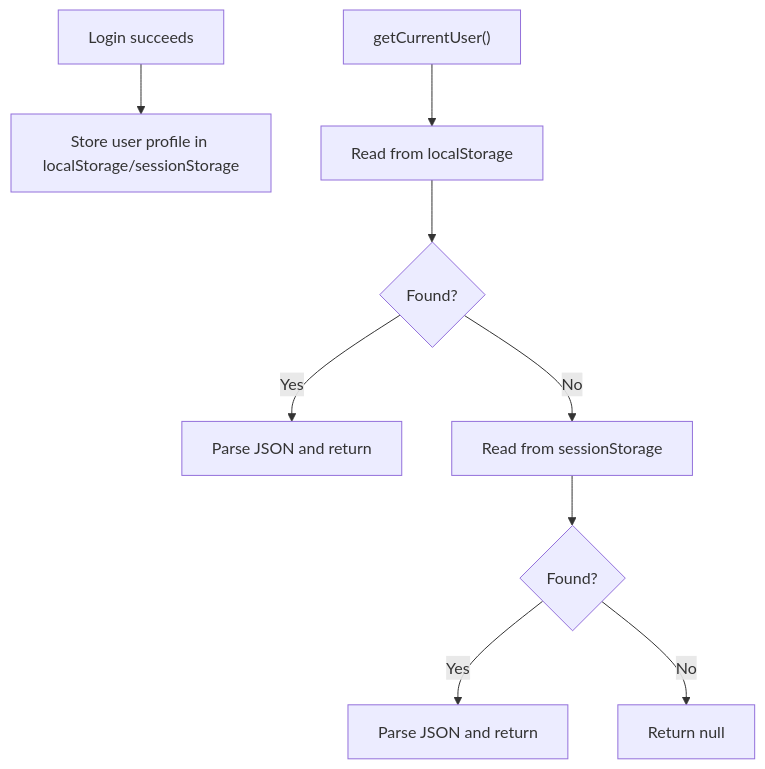
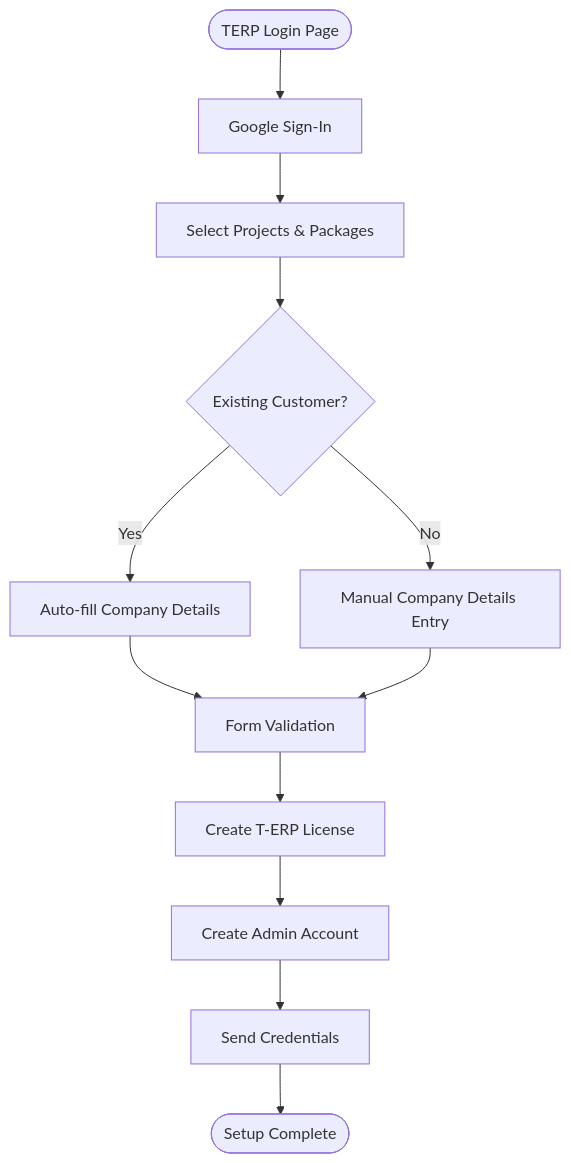
The third of 4 diagrams in .qoder/repowiki/en/content/Application Architecture/Authentication & Authorization.md (imcbsglobal/TRELLISCO_ERP_FRONTEND), drawn with Mermaid before and after one commit. The commit also changed other lines of this file and 35 other files, not shown here.

Commit message:
centralised county add to T-ERP LOGIN

````diff
--- a/.qoder/repowiki/en/content/Application Architecture/Authentication & Authorization.md
+++ b/.qoder/repowiki/en/content/Application Architecture/Authentication & Authorization.md
@@ -240,11 +206,14 @@
 ```mermaid
 flowchart TD
-LoginSuccess["Login succeeds"] --> StoreUser["Store user profile in localStorage/sessionStorage"]
-GetProfile["getCurrentUser()"] --> ReadLocal["Read from localStorage"]
-ReadLocal --> FoundLocal{"Found?"}
-FoundLocal --> |Yes| ParseLocal["Parse JSON and return"]
-FoundLocal --> |No| ReadSession["Read from sessionStorage"]
-ReadSession --> FoundSession{"Found?"}
-FoundSession --> |Yes| ParseSession["Parse JSON and return"]
-FoundSession --> |No| NullReturn["Return null"]
+Start(["TERP Login Page"]) --> GoogleAuth["Google Sign-In"]
+GoogleAuth --> ProjectSelection["Select Projects & Packages"]
+ProjectSelection --> WorkspaceCheck{"Existing Customer?"}
+WorkspaceCheck --> |Yes| AutoFill["Auto-fill Company Details"]
+WorkspaceCheck --> |No| ManualEntry["Manual Company Details Entry"]
+AutoFill --> Validation["Form Validation"]
+ManualEntry --> Validation
+Validation --> LicenseCreation["Create T-ERP License"]
+LicenseCreation --> AdminAccount["Create Admin Account"]
+AdminAccount --> CredentialDelivery["Send Credentials"]
+CredentialDelivery --> Success(["Setup Complete"])
 ```
````
